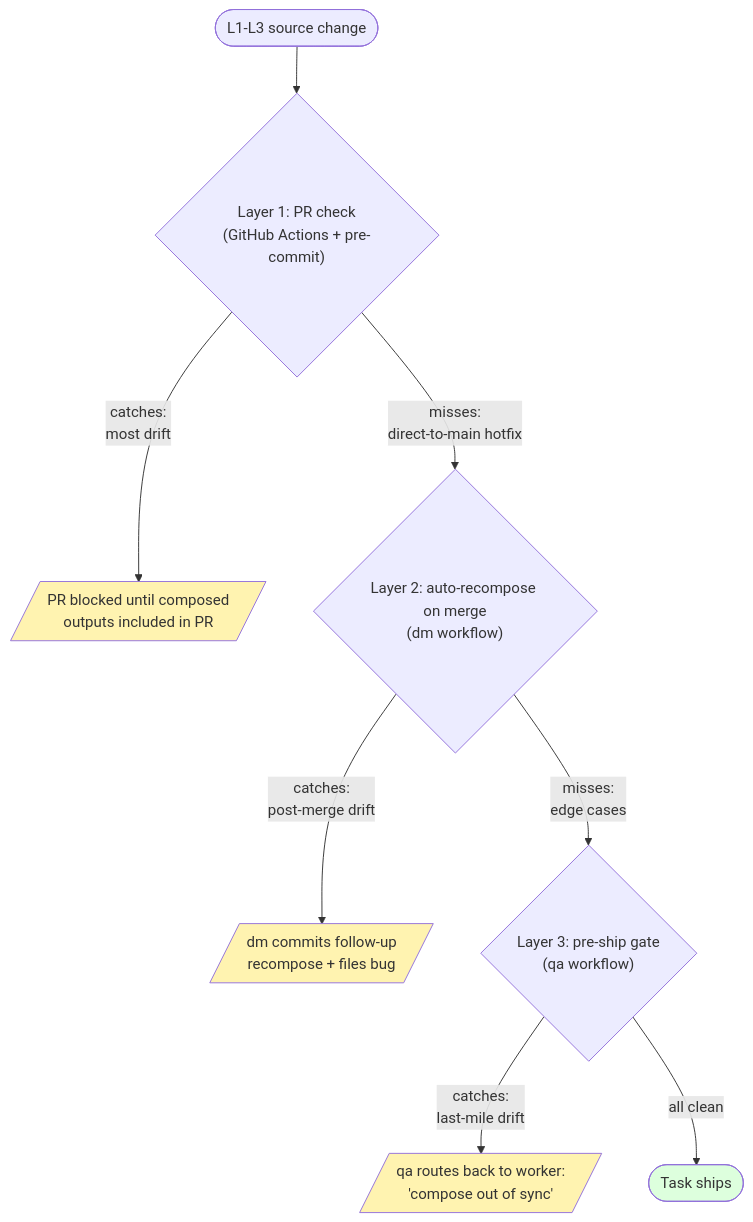
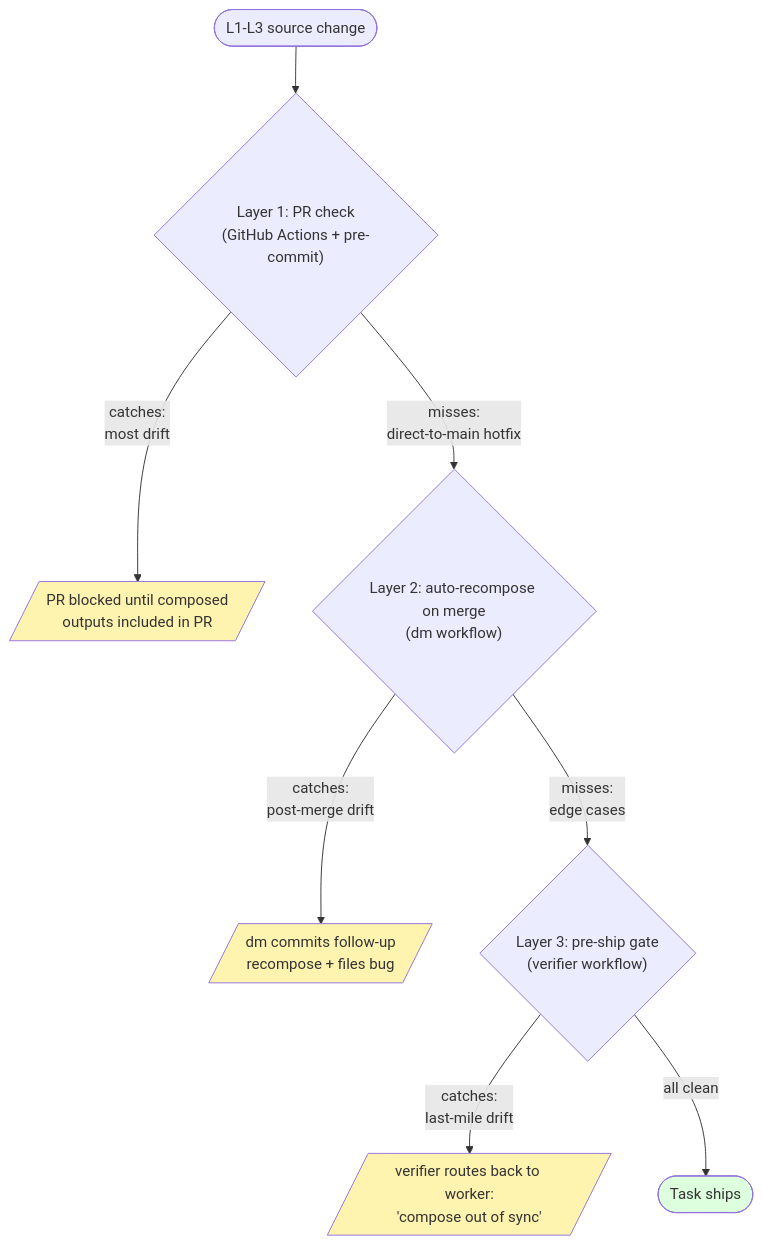
One commit to WallyDoodlez/SquidSquad changed the eighth of 8 diagrams in docs/COMPOSE-ARCHITECTURE.md. Above: the diagram before and after it, drawn with Mermaid. The commit also changed other lines of this file and 1 other file, not shown here.

First line of the commit message:
pm: docs role-name sweep — qa → verifier, Dev → Worker

````diff
--- a/docs/COMPOSE-ARCHITECTURE.md
+++ b/docs/COMPOSE-ARCHITECTURE.md
@@ -857,17 +857,17 @@
 ```mermaid
 flowchart TB
   Change([L1-L3 source change])
   Change --> L1c{"Layer 1: PR check<br/>(GitHub Actions + pre-commit)"}
   L1c -->|"catches:<br/>most drift"| L1Block[/"PR blocked until composed<br/>outputs included in PR"/]
   L1c -->|"misses:<br/>direct-to-main hotfix"| L2c
   L2c{"Layer 2: auto-recompose on merge<br/>(dm workflow)"}
   L2c -->|"catches:<br/>post-merge drift"| L2Block[/"dm commits follow-up<br/>recompose + files bug"/]
   L2c -->|"misses:<br/>edge cases"| L3c
-  L3c{"Layer 3: pre-ship gate<br/>(qa workflow)"}
-  L3c -->|"catches:<br/>last-mile drift"| L3Block[/"qa routes back to worker:<br/>'compose out of sync'"/]
+  L3c{"Layer 3: pre-ship gate<br/>(verifier workflow)"}
+  L3c -->|"catches:<br/>last-mile drift"| L3Block[/"verifier routes back to worker:<br/>'compose out of sync'"/]
   L3c -->|"all clean"| Ship([Task ships])
   style L1Block fill:#fff3b0
   style L2Block fill:#fff3b0
   style L3Block fill:#fff3b0
   style Ship fill:#dfd
 ```
````
